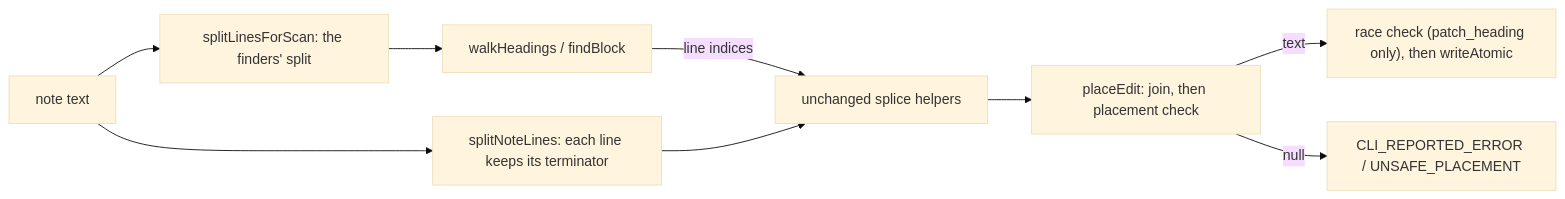
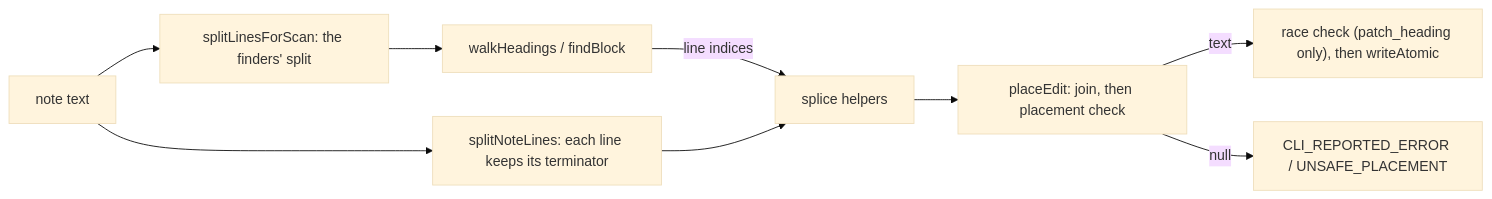
Before and after one commit to marwansaab/obsidian-cli-mcp: the fifth of 10 diagrams in .docs-as-code/capabilities/mutate.md, drawn with Mermaid (base theme). The commit also changed other lines of this file and 2 other files, not shown here.

````diff
--- a/.docs-as-code/capabilities/mutate.md
+++ b/.docs-as-code/capabilities/mutate.md
@@ -540,11 +594,11 @@
 ```mermaid
 flowchart LR
   raw[note text] --> scan["splitLinesForScan: the finders' split"]
   raw --> split["splitNoteLines: each line keeps its terminator"]
   scan --> find[walkHeadings / findBlock]
-  find -- line indices --> splice[unchanged splice helpers]
+  find -- line indices --> splice[splice helpers]
   split --> splice
   splice --> place["placeEdit: join, then placement check"]
   place -- text --> write["race check (patch_heading only), then writeAtomic"]
   place -- "null" --> refuse["CLI_REPORTED_ERROR / UNSAFE_PLACEMENT"]
 ```
````
